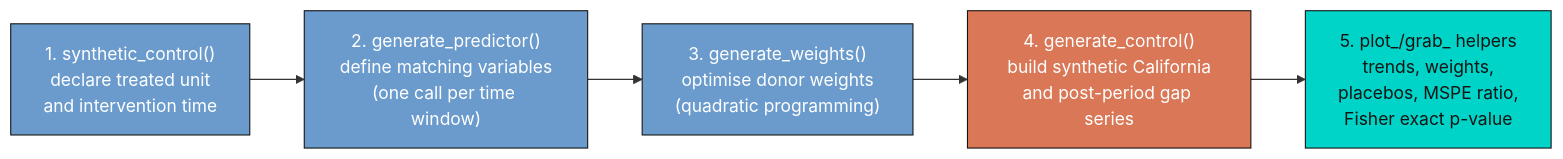
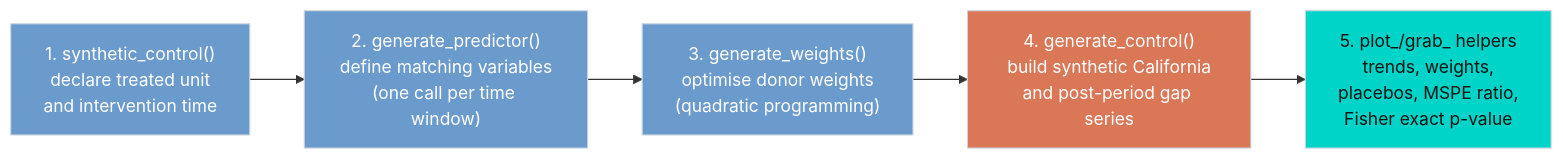
One commit to quarcs-lab/ccm changed the diagram in 05-classical-synthetic-control.qmd. Above: the diagram before and after it, drawn with Mermaid. The commit also changed other lines of this file and 34 other files, not shown here.

````diff
--- a/05-classical-synthetic-control.qmd
+++ b/05-classical-synthetic-control.qmd
@@ -13,13 +13,15 @@
 ```{mermaid}
+%%| label: fig-tidysynth-pipeline
+%%| fig-cap: "The four-stage tidysynth pipeline: declare → predictors → weights → control, with a fifth stage of plot/grab helpers."
 flowchart LR
     A["1. synthetic_control()<br/>declare treated unit<br/>and intervention time"] --> B["2. generate_predictor()<br/>define matching variables<br/>(one call per time window)"]
     B --> C["3. generate_weights()<br/>optimise donor weights<br/>(quadratic programming)"]
     C --> D["4. generate_control()<br/>build synthetic California<br/>and post-period gap series"]
     D --> E["5. plot_/grab_ helpers<br/>trends, weights,<br/>placebos, MSPE ratio,<br/>Fisher exact p-value"]
 
-    style A fill:#6a9bcc,stroke:#141413,color:#fff
-    style B fill:#6a9bcc,stroke:#141413,color:#fff
-    style C fill:#6a9bcc,stroke:#141413,color:#fff
-    style D fill:#d97757,stroke:#141413,color:#fff
-    style E fill:#00d4c8,stroke:#141413,color:#141413
+    style A fill:#6a9bcc,stroke:#cbd5e0,color:#fff
+    style B fill:#6a9bcc,stroke:#cbd5e0,color:#fff
+    style C fill:#6a9bcc,stroke:#cbd5e0,color:#fff
+    style D fill:#d97757,stroke:#cbd5e0,color:#fff
+    style E fill:#00d4c8,stroke:#cbd5e0,color:#141413
 ```
````
